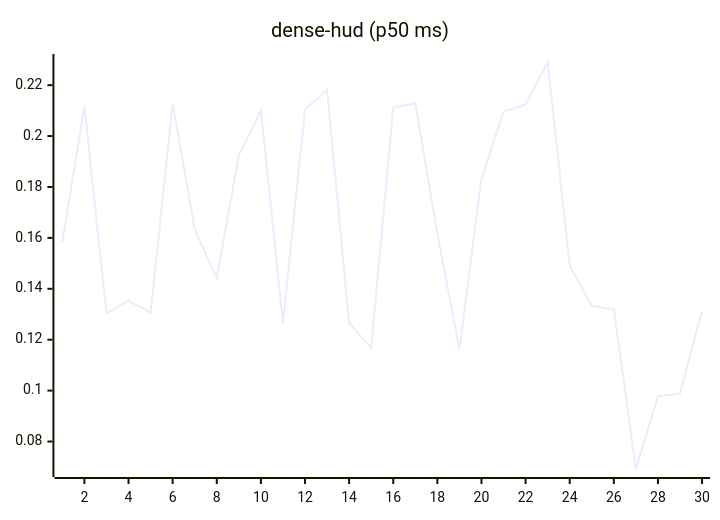
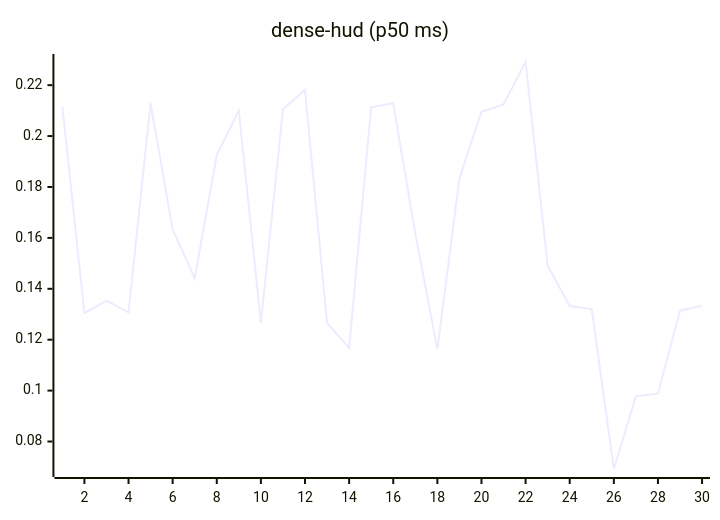
Before and after one commit to josha/Facet: the eighth of 27 diagrams in README.md, drawn with Mermaid. The commit also changed other lines of this file and 2 other files, not shown here.

````diff
--- a/README.md
+++ b/README.md
@@ -112,6 +112,6 @@
 ```mermaid
 xychart-beta
     title "dense-hud (p50 ms)"
     x-axis 1 --> 30
-    line [0.1584, 0.2116, 0.1304, 0.1353, 0.1307, 0.2129, 0.1633, 0.1442, 0.1925, 0.2100, 0.1266, 0.2105, 0.2181, 0.1266, 0.1168, 0.2113, 0.2129, 0.1617, 0.1163, 0.1833, 0.2095, 0.2124, 0.2291, 0.1491, 0.1332, 0.1320, 0.0692, 0.0978, 0.0988, 0.1314]
+    line [0.2116, 0.1304, 0.1353, 0.1307, 0.2129, 0.1633, 0.1442, 0.1925, 0.2100, 0.1266, 0.2105, 0.2181, 0.1266, 0.1168, 0.2113, 0.2129, 0.1617, 0.1163, 0.1833, 0.2095, 0.2124, 0.2291, 0.1491, 0.1332, 0.1320, 0.0692, 0.0978, 0.0988, 0.1314, 0.1333]
 ```
````
